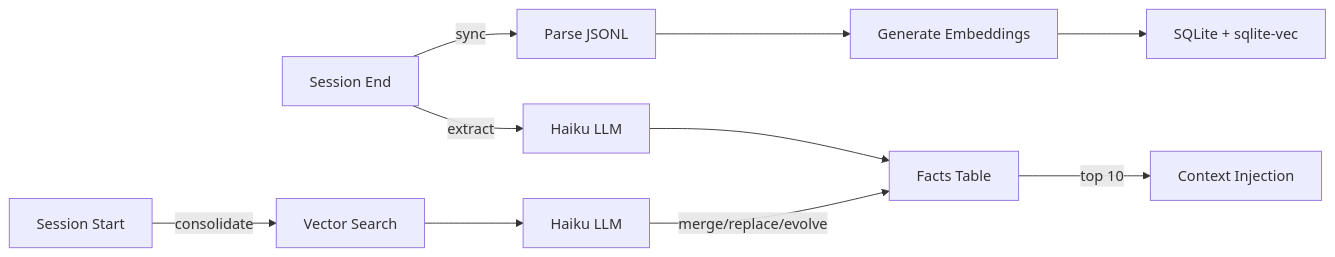
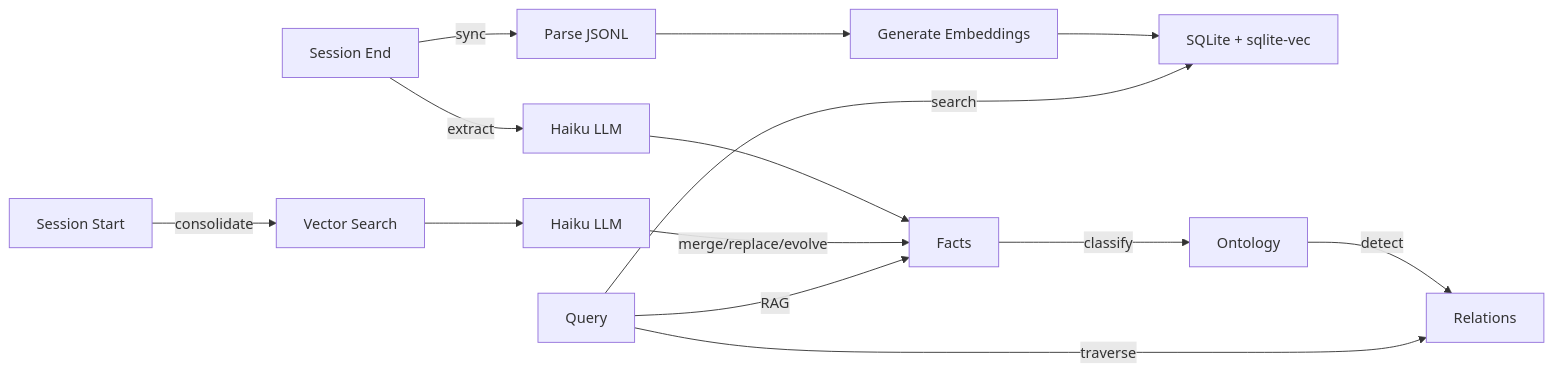
The first of 2 diagrams in README.md (jung-wan-kim/memory-bank), drawn with Mermaid before and after one commit. The commit also changed other lines of this file and 1 other file, not shown here.

First line of the commit message:
README 전면 업데이트: Knowledge Graph + RAG + 9 MCP tools

````diff
--- a/README.md
+++ b/README.md
@@ -20,14 +41,19 @@
 ```mermaid
 graph LR
     A[Session End] -->|sync| B[Parse JSONL]
     B --> C[Generate Embeddings]
     C --> D[SQLite + sqlite-vec]
 
     A -->|extract| E[Haiku LLM]
-    E --> F[Facts Table]
+    E --> F[Facts]
+    F -->|classify| G[Ontology]
+    G -->|detect| H[Relations]
 
-    G[Session Start] -->|consolidate| H[Vector Search]
-    H --> I[Haiku LLM]
-    I -->|merge/replace/evolve| F
-    F -->|top 10| J[Context Injection]
+    I[Session Start] -->|consolidate| J[Vector Search]
+    J --> K[Haiku LLM]
+    K -->|merge/replace/evolve| F
+
+    L[Query] -->|search| D
+    L -->|RAG| F
+    L -->|traverse| H
 ```
````
